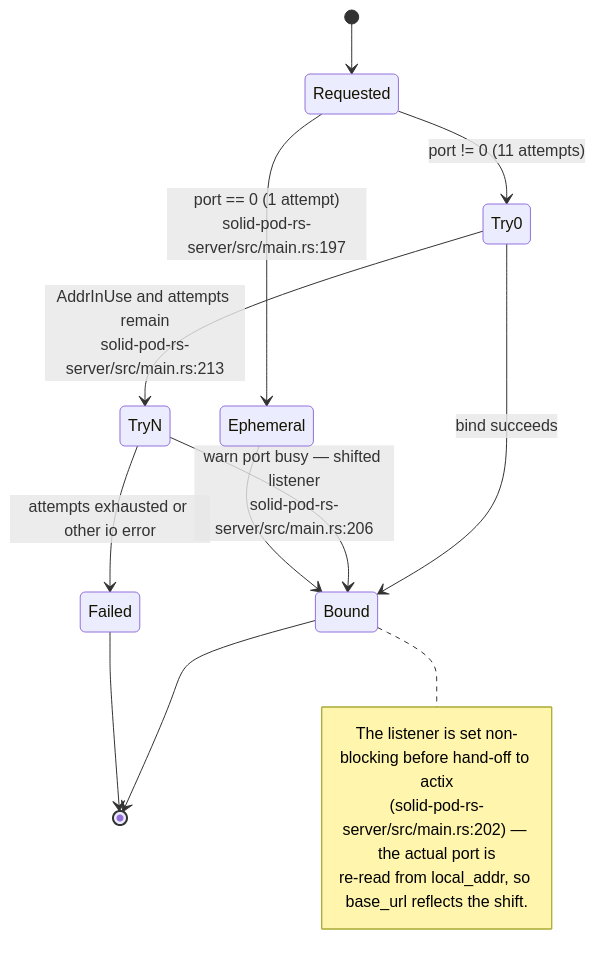
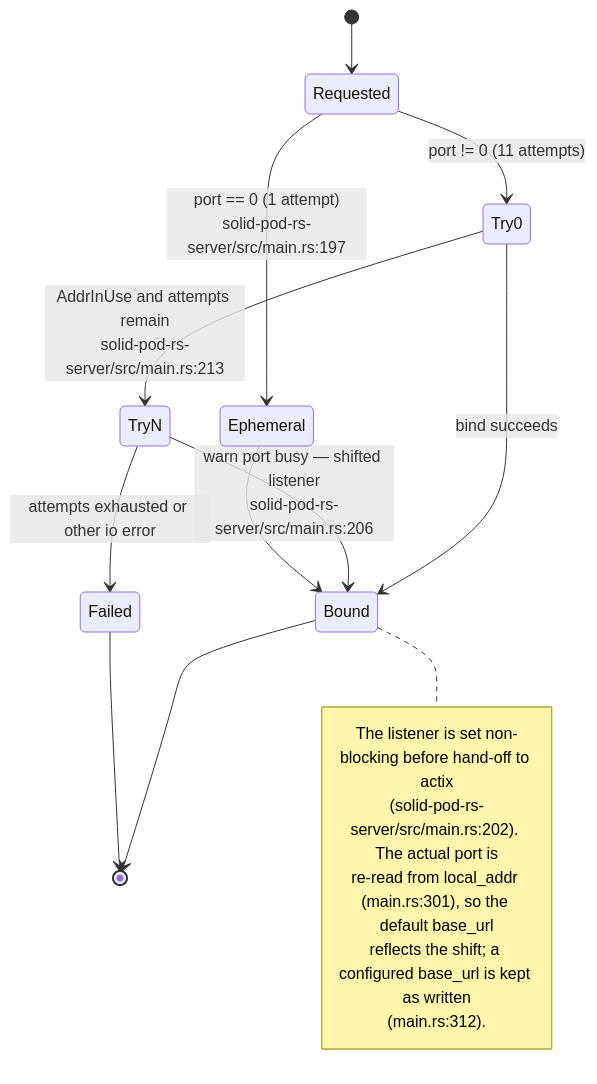
The sixth of 11 diagrams in docs/diagrams/solid-pod-rs/02-server-boot-and-routes.md (DreamLab-AI/VisionFlow), drawn with Mermaid before and after one commit. The commit also changed other lines of this file and 47 other files, not shown here.

````diff
--- a/docs/diagrams/solid-pod-rs/02-server-boot-and-routes.md
+++ b/docs/diagrams/solid-pod-rs/02-server-boot-and-routes.md
@@ -175,18 +182,20 @@
 ```mermaid
 stateDiagram-v2
     [*] --> Requested
     Requested --> Ephemeral: port == 0 (1 attempt)<br/>solid-pod-rs-server/src/main.rs:197
     Requested --> Try0: port != 0 (11 attempts)
     Try0 --> Bound: bind succeeds
     Try0 --> TryN: AddrInUse and attempts remain<br/>solid-pod-rs-server/src/main.rs:213
     TryN --> Bound: warn port busy — shifted listener<br/>solid-pod-rs-server/src/main.rs:206
     TryN --> Failed: attempts exhausted or other io error
     Ephemeral --> Bound
     Bound --> [*]
     Failed --> [*]
     note right of Bound
       The listener is set non-blocking before hand-off to actix
-      (solid-pod-rs-server/src/main.rs:202) — the actual port is
-      re-read from local_addr, so base_url reflects the shift.
+      (solid-pod-rs-server/src/main.rs:202). The actual port is
+      re-read from local_addr (main.rs:301), so the default base_url
+      reflects the shift; a configured base_url is kept as written
+      (main.rs:312).
     end note
 ```
````
